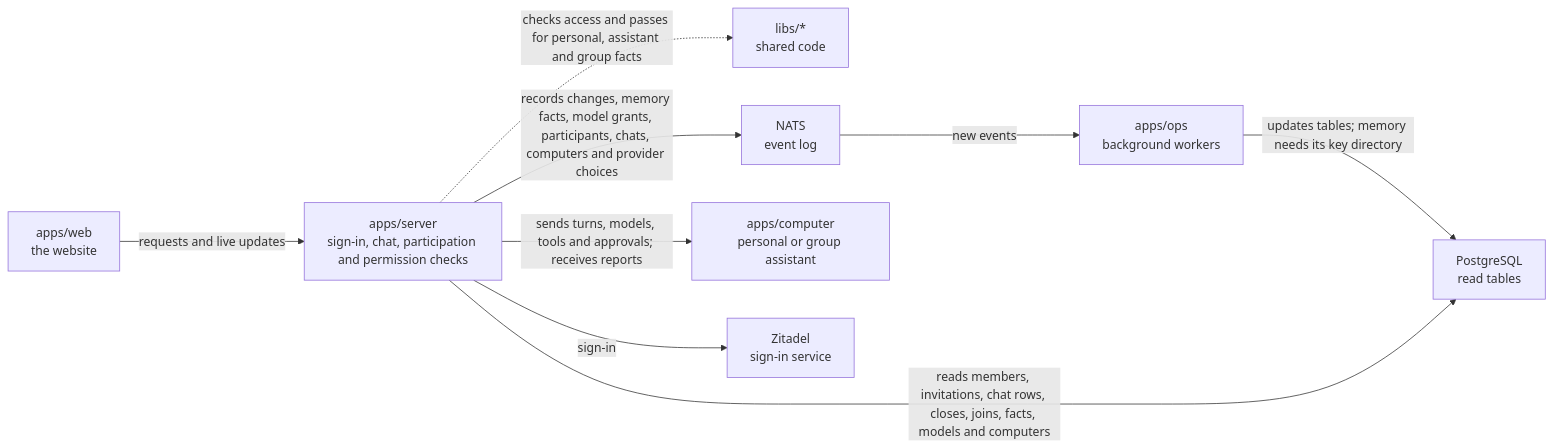
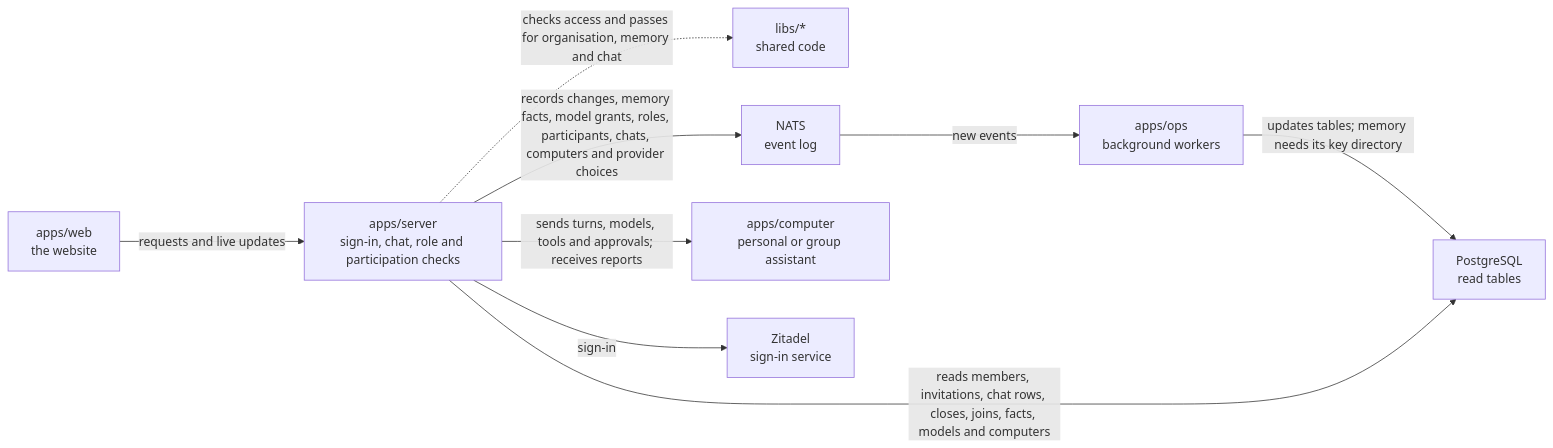
The diagram in apps/server/README.md (elewa-git/opencrane-new), drawn with Mermaid before and after one commit. The commit also changed other lines of this file and 19 other files, not shown here.

````diff
--- a/apps/server/README.md
+++ b/apps/server/README.md
@@ -11,11 +11,11 @@
 ```mermaid
 flowchart LR
-  web["apps/web<br/>the website"] -->|requests and live updates| server["apps/server<br/>sign-in, chat, participation and permission checks"]
-  server -.->|checks access and passes for personal, assistant and group facts| libs["libs/*<br/>shared code"]
-  server -->|records changes, memory facts, model grants, participants, chats, computers and provider choices| nats["NATS<br/>event log"]
+  web["apps/web<br/>the website"] -->|requests and live updates| server["apps/server<br/>sign-in, chat, role and participation checks"]
+  server -.->|checks access and passes for organisation, memory and chat| libs["libs/*<br/>shared code"]
+  server -->|records changes, memory facts, model grants, roles, participants, chats, computers and provider choices| nats["NATS<br/>event log"]
   nats -->|new events| ops["apps/ops<br/>background workers"]
   ops -->|updates tables; memory needs its key directory| postgres["PostgreSQL<br/>read tables"]
   server -->|reads members, invitations, chat rows, closes, joins, facts, models and computers| postgres
   server -->|sends turns, models, tools and approvals; receives reports| computer["apps/computer<br/>personal or group assistant"]
   server -->|sign-in| zitadel["Zitadel<br/>sign-in service"]
 ```
````
